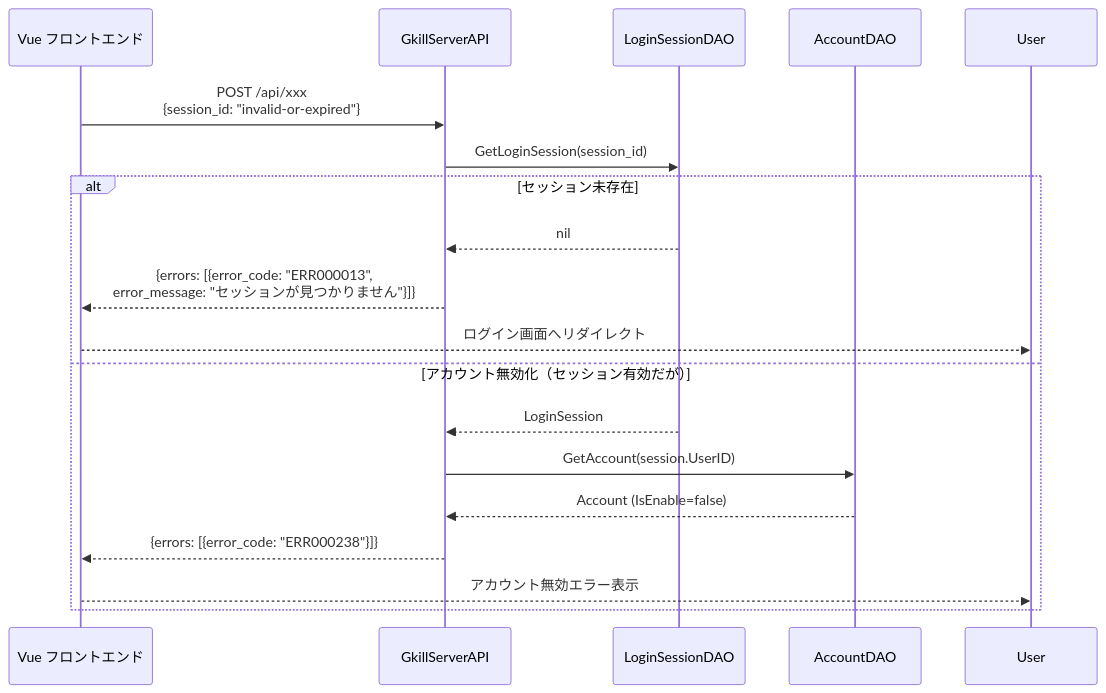
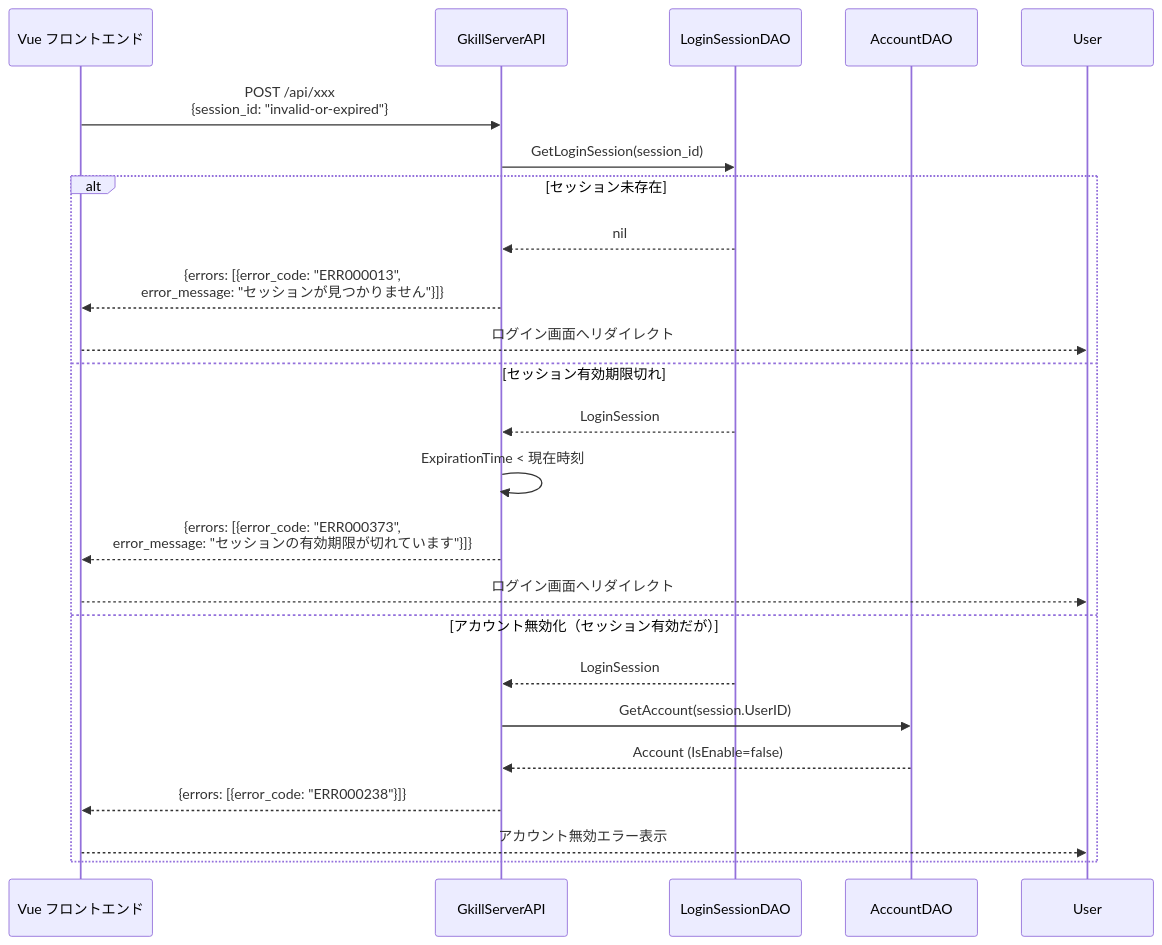
One commit to mt3hr/gkill changed diagram 19 of 22 in documents/reverse/sequence-diagrams.md. Above: the diagram before and after it, drawn with Mermaid. The commit also changed other lines of this file and 24 other files, not shown here.

````diff
--- a/documents/reverse/sequence-diagrams.md
+++ b/documents/reverse/sequence-diagrams.md
@@ -481,22 +547,27 @@
 ```mermaid
 sequenceDiagram
     participant UI as Vue フロントエンド
     participant API as GkillServerAPI
     participant SesDAO as LoginSessionDAO
     participant AccDAO as AccountDAO
 
     UI->>API: POST /api/xxx<br>{session_id: "invalid-or-expired"}
     API->>SesDAO: GetLoginSession(session_id)
 
     alt セッション未存在
         SesDAO-->>API: nil
         API-->>UI: {errors: [{error_code: "ERR000013",<br>error_message: "セッションが見つかりません"}]}
         UI-->>User: ログイン画面へリダイレクト
+    else セッション有効期限切れ
+        SesDAO-->>API: LoginSession
+        API->>API: ExpirationTime < 現在時刻
+        API-->>UI: {errors: [{error_code: "ERR000373",<br>error_message: "セッションの有効期限が切れています"}]}
+        UI-->>User: ログイン画面へリダイレクト
     else アカウント無効化（セッション有効だが）
         SesDAO-->>API: LoginSession
         API->>AccDAO: GetAccount(session.UserID)
         AccDAO-->>API: Account (IsEnable=false)
         API-->>UI: {errors: [{error_code: "ERR000238"}]}
         UI-->>User: アカウント無効エラー表示
     end
 ```
````
